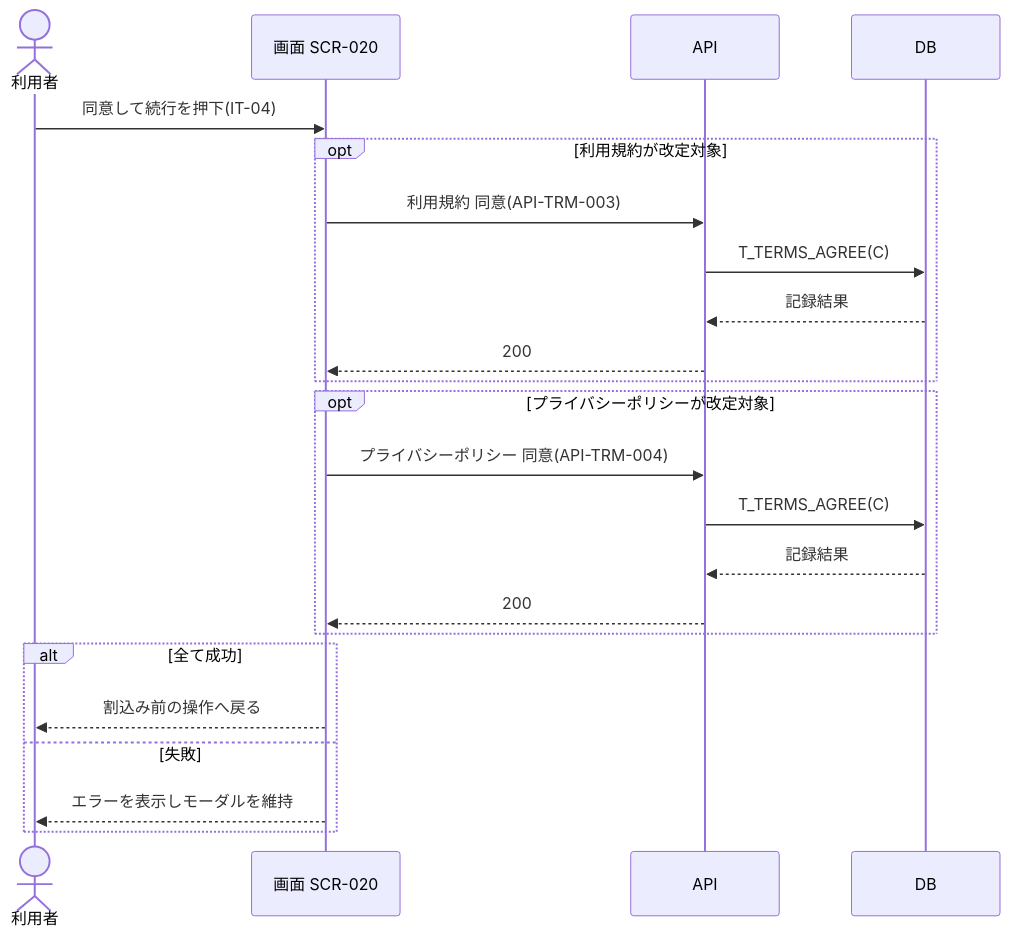
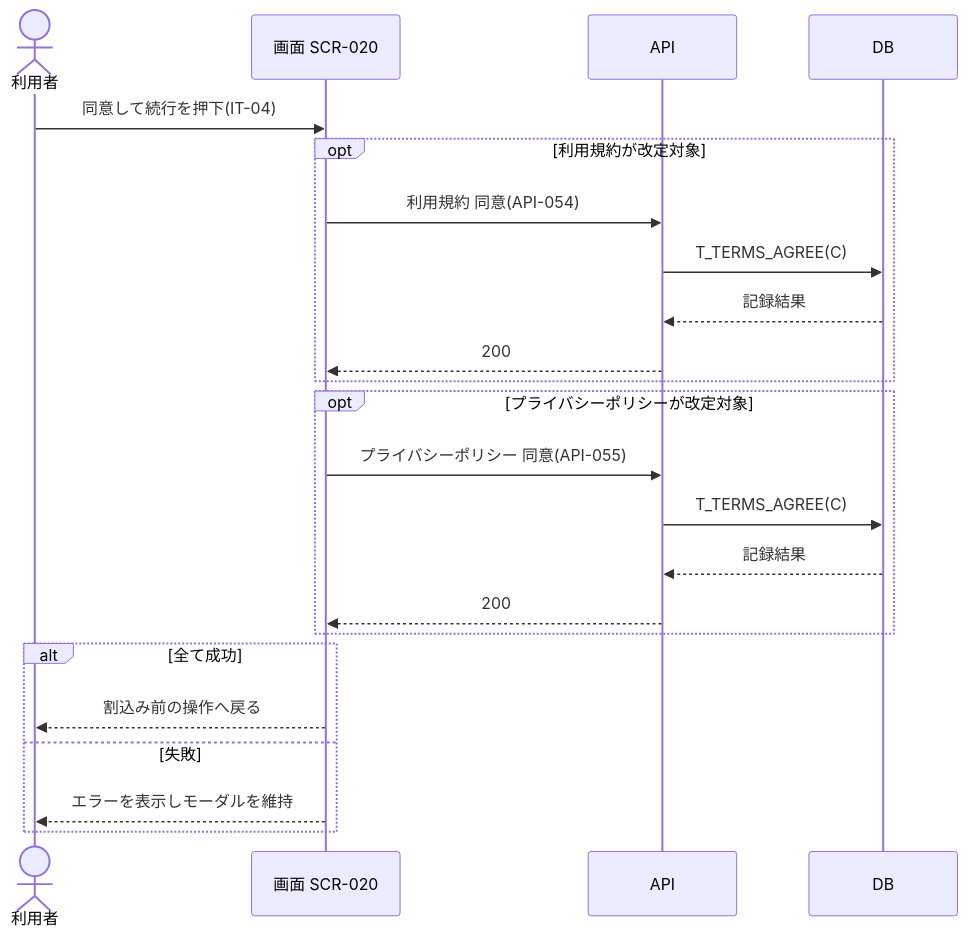
The diagram in 01_requirements/02_business_usecases/UC-169.md (sikakou54/open-faq), drawn with Mermaid before and after one commit. The commit also changed other lines of this file and 321 other files, not shown here.

````diff
--- a/01_requirements/02_business_usecases/UC-169.md
+++ b/01_requirements/02_business_usecases/UC-169.md
@@ -38,25 +38,25 @@
 ```mermaid
 sequenceDiagram
   actor U as 利用者
   participant S as 画面 SCR-020
   participant API as API
   participant DB as DB
   U->>S: 同意して続行を押下(IT-04)
   opt 利用規約が改定対象
-    S->>API: 利用規約 同意(API-TRM-003)
+    S->>API: 利用規約 同意(API-054)
     API->>DB: T_TERMS_AGREE(C)
     DB-->>API: 記録結果
     API-->>S: 200
   end
   opt プライバシーポリシーが改定対象
-    S->>API: プライバシーポリシー 同意(API-TRM-004)
+    S->>API: プライバシーポリシー 同意(API-055)
     API->>DB: T_TERMS_AGREE(C)
     DB-->>API: 記録結果
     API-->>S: 200
   end
   alt 全て成功
     S-->>U: 割込み前の操作へ戻る
   else 失敗
     S-->>U: エラーを表示しモーダルを維持
   end
 ```
````
